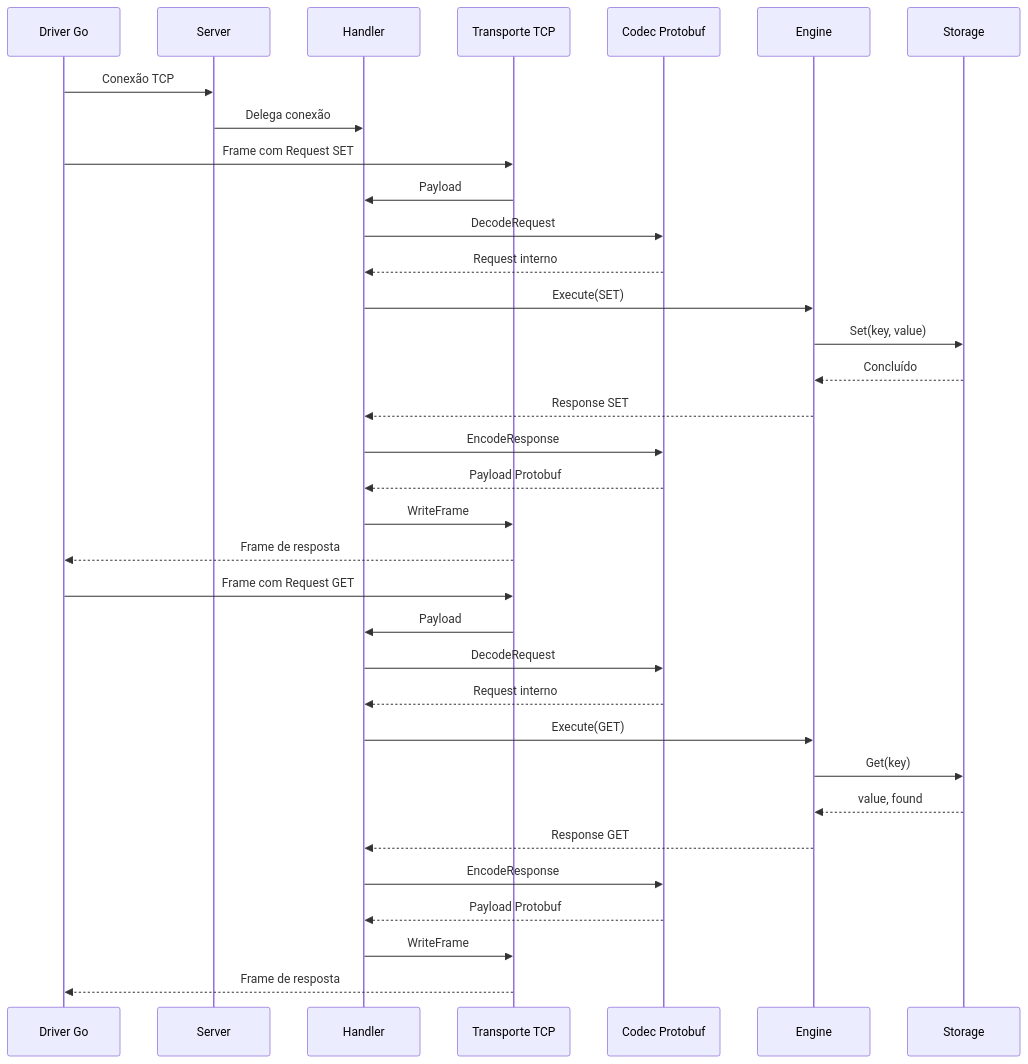
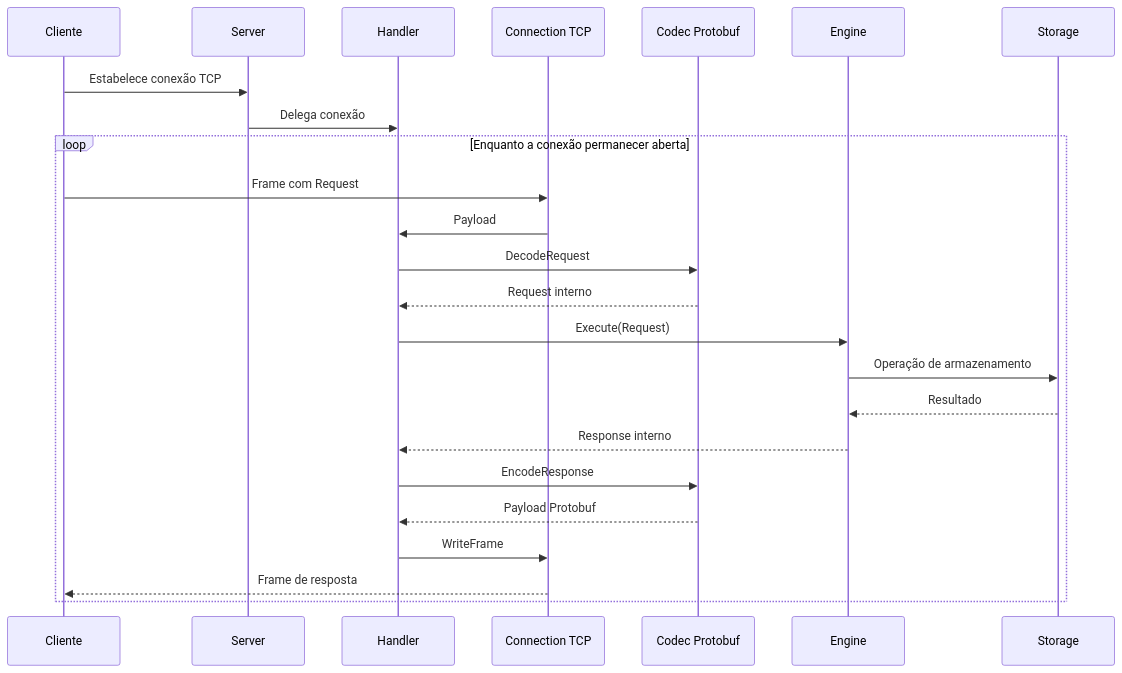
One commit to pescador95/memorydb changed the third of 3 diagrams in docs/tecnica/ARQUITETURA.md. Above: the diagram before and after it, drawn with Mermaid. The commit also changed other lines of this file and 4 other files, not shown here.

````diff
--- a/docs/tecnica/ARQUITETURA.md
+++ b/docs/tecnica/ARQUITETURA.md
@@ -374,38 +190,28 @@
 ```mermaid
 sequenceDiagram
-    participant C as Driver Go
+    participant C as Cliente
     participant S as Server
     participant H as Handler
-    participant T as Transporte TCP
+    participant T as Connection TCP
     participant P as Codec Protobuf
     participant E as Engine
     participant St as Storage
 
-    C->>S: Conexão TCP
+    C->>S: Estabelece conexão TCP
     S->>H: Delega conexão
-    C->>T: Frame com Request SET
-    T->>H: Payload
-    H->>P: DecodeRequest
-    P-->>H: Request interno
-    H->>E: Execute(SET)
-    E->>St: Set(key, value)
-    St-->>E: Concluído
-    E-->>H: Response SET
-    H->>P: EncodeResponse
-    P-->>H: Payload Protobuf
-    H->>T: WriteFrame
-    T-->>C: Frame de resposta
 
-    C->>T: Frame com Request GET
-    T->>H: Payload
-    H->>P: DecodeRequest
-    P-->>H: Request interno
-    H->>E: Execute(GET)
-    E->>St: Get(key)
-    St-->>E: value, found
-    E-->>H: Response GET
-    H->>P: EncodeResponse
-    P-->>H: Payload Protobuf
-    H->>T: WriteFrame
-    T-->>C: Frame de resposta
+    loop Enquanto a conexão permanecer aberta
+        C->>T: Frame com Request
+        T->>H: Payload
+        H->>P: DecodeRequest
+        P-->>H: Request interno
+        H->>E: Execute(Request)
+        E->>St: Operação de armazenamento
+        St-->>E: Resultado
+        E-->>H: Response interno
+        H->>P: EncodeResponse
+        P-->>H: Payload Protobuf
+        H->>T: WriteFrame
+        T-->>C: Frame de resposta
+    end
 ```
````
